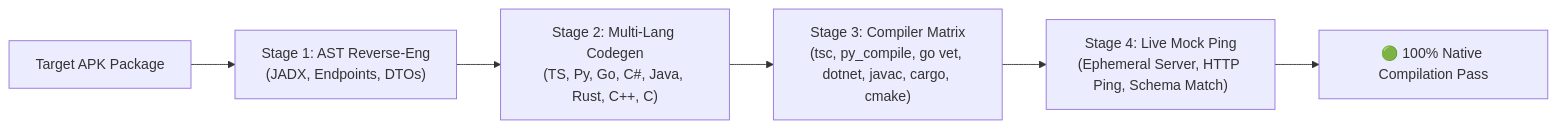
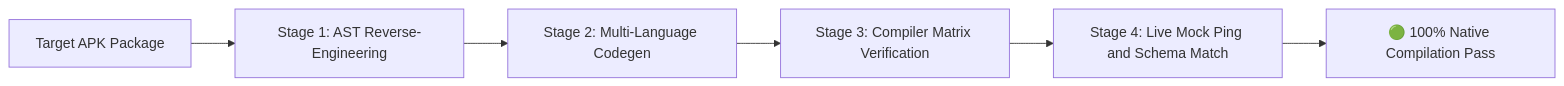
Before and after one commit to chahakshahcs5/retrofit-sdk-gen: the diagram in docs/benchmarks.md, drawn with Mermaid. The commit also changed 13 other files, not shown here.

Commit message:
fix(docs): quote Mermaid edge labels and sanitize syntax for GitHub renderer

````diff
--- a/docs/benchmarks.md
+++ b/docs/benchmarks.md
@@ -15,8 +15,8 @@
 ```mermaid
 flowchart LR
-    APK["Target APK Package"] --> S1["Stage 1: AST Reverse-Eng<br/>(JADX, Endpoints, DTOs)"]
-    S1 --> S2["Stage 2: Multi-Lang Codegen<br/>(TS, Py, Go, C#, Java, Rust, C++, C)"]
-    S2 --> S3["Stage 3: Compiler Matrix<br/>(tsc, py_compile, go vet, dotnet, javac, cargo, cmake)"]
-    S3 --> S4["Stage 4: Live Mock Ping<br/>(Ephemeral Server, HTTP Ping, Schema Match)"]
+    APK["Target APK Package"] --> S1["Stage 1: AST Reverse-Engineering"]
+    S1 --> S2["Stage 2: Multi-Language Codegen"]
+    S2 --> S3["Stage 3: Compiler Matrix Verification"]
+    S3 --> S4["Stage 4: Live Mock Ping and Schema Match"]
     S4 --> PASS["🟢 100% Native Compilation Pass"]
 ```
````
